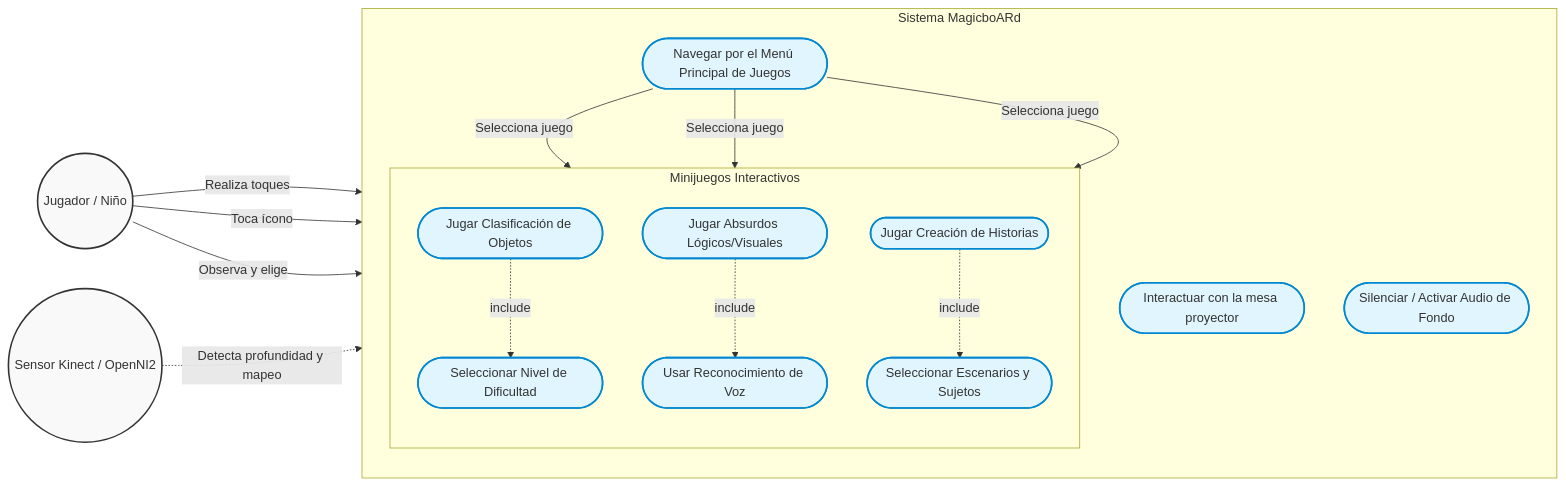
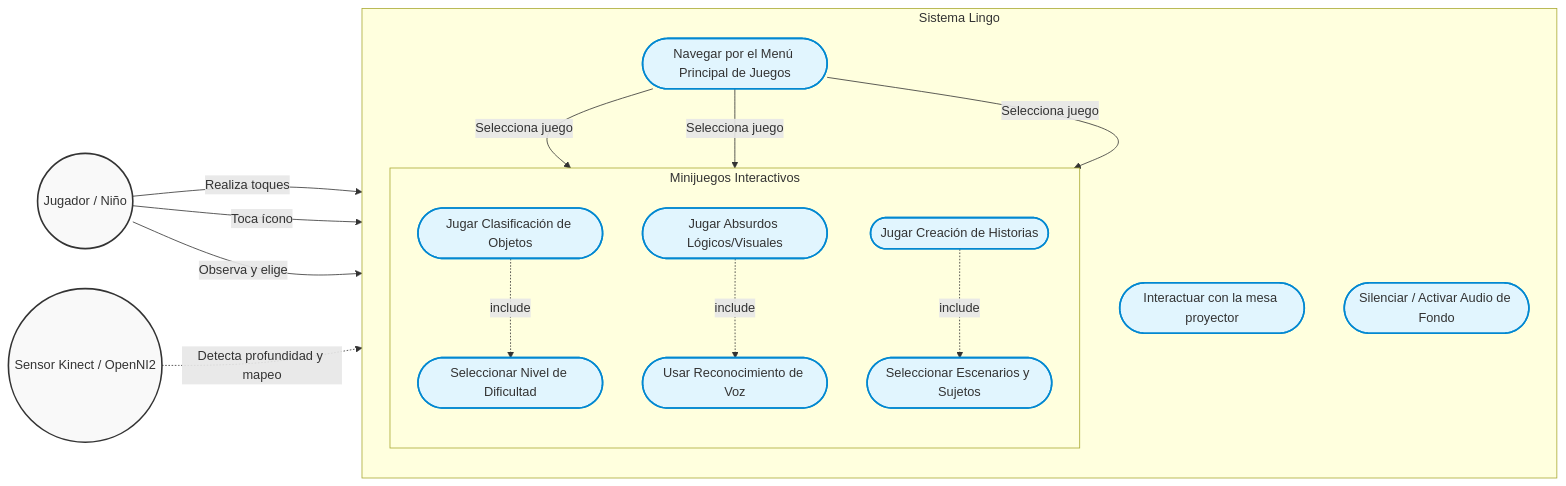
Before and after one commit to luisg6z/Lingo: the diagram in docs/diagrama_casos_uso.mmd, drawn with Mermaid. The commit also changed 7 other files, not shown here.

Commit message:
docs: diagrams and readme

```diff
--- a/docs/diagrama_casos_uso.mmd
+++ b/docs/diagrama_casos_uso.mmd
@@ -1,53 +1,53 @@
 flowchart LR
     %% Definición de Actores
     Jugador((Jugador / Niño))
     Sensor((Sensor Kinect / OpenNI2))
     
     %% Sistema Principal
-    subgraph MagicboARd [Sistema MagicboARd]
+    subgraph Lingo [Sistema Lingo]
         direction TB
         
         %% Casos de Uso Generales
         UC1([Interactuar con la mesa proyector])
         UC2([Silenciar / Activar Audio de Fondo])
         UC3([Navegar por el Menú Principal de Juegos])
         
         %% Subsistema de Minijuegos
         subgraph Minijuegos [Minijuegos Interactivos]
             direction TB
             UC4([Jugar Clasificación de Objetos])
             UC5([Jugar Absurdos Lógicos/Visuales])
             UC6([Jugar Creación de Historias])
             
             %% Acciones específicas (Includes/Extends)
             UC4_1([Seleccionar Nivel de Dificultad])
             UC5_1([Usar Reconocimiento de Voz])
             UC6_1([Seleccionar Escenarios y Sujetos])
         end
     end
     
     %% Relaciones Actor - Caso de Uso
     Jugador -->|Realiza toques| UC1
     Jugador -->|Toca ícono| UC2
     Jugador -->|Observa y elige| UC3
     
     %% Relaciones Sensor - Caso de Uso
     Sensor -.->|Detecta profundidad y mapeo| UC1
     
     %% Flujos del Menú a Juegos
     UC3 -->|Selecciona juego| UC4
     UC3 -->|Selecciona juego| UC5
     UC3 -->|Selecciona juego| UC6
     
     %% Relaciones Include para detalles de juegos
     UC4 -.->|include| UC4_1
     UC5 -.->|include| UC5_1
     UC6 -.->|include| UC6_1
 
     %% Estilos de los nodos (opcional, para visualización)
     classDef actor fill:#f9f9f9,stroke:#333,stroke-width:2px;
     classDef usecase fill:#e1f5fe,stroke:#0288d1,stroke-width:2px, rx:20px, ry:20px;
     classDef system fill:#ffffff,stroke:#999,stroke-width:2px,stroke-dasharray: 5 5;
     
     class Jugador,Sensor actor;
     class UC1,UC2,UC3,UC4,UC5,UC6,UC4_1,UC5_1,UC6_1 usecase;
```
